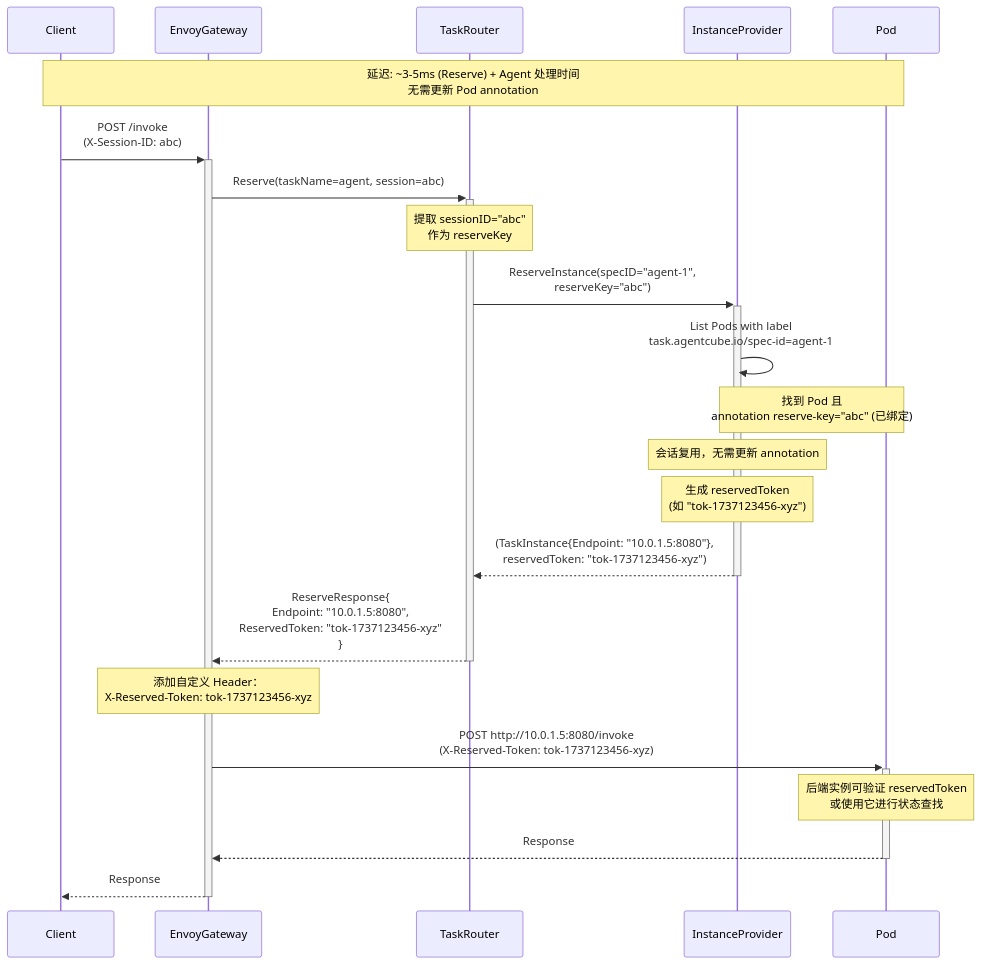
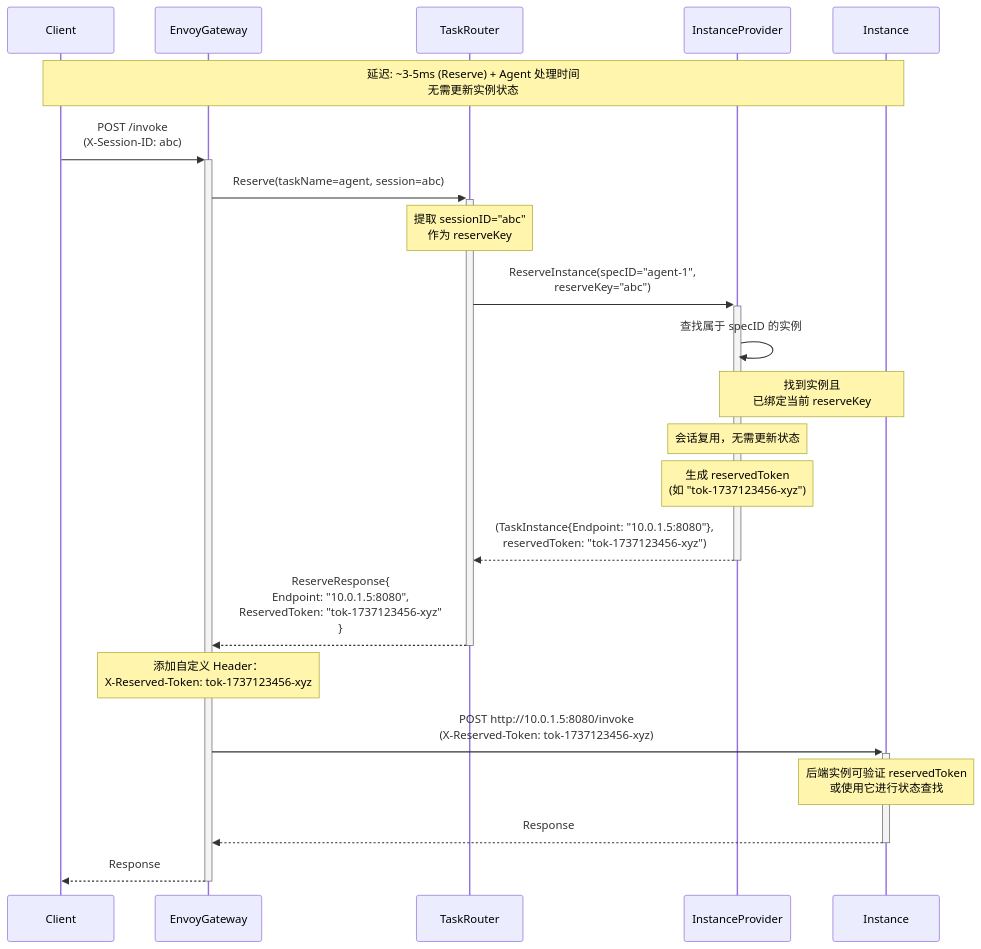
Before and after one commit to volcano-sh/agentcube: the first of 7 diagrams in docs/design/PROPOSAL-TASK.md, drawn with Mermaid. The commit also changed other lines of this file, not shown here.

First line of the commit message:
docs: refactor Task design proposal with structured API documentation and SandboxProvider details

````diff
--- a/docs/design/PROPOSAL-TASK.md
+++ b/docs/design/PROPOSAL-TASK.md
@@ -915,38 +649,38 @@
 ```mermaid
 sequenceDiagram
     participant Client
     participant EnvoyGateway
     participant TaskRouter
     participant InstanceProvider
-    participant Pod
+    participant Instance
 
-    Note over Client,Pod: 延迟: ~3-5ms (Reserve) + Agent 处理时间<br/>无需更新 Pod annotation
+    Note over Client,Instance: 延迟: ~3-5ms (Reserve) + Agent 处理时间<br/>无需更新实例状态
 
     Client->>+EnvoyGateway: POST /invoke<br/>(X-Session-ID: abc)
     EnvoyGateway->>+TaskRouter: Reserve(taskName=agent, session=abc)
 
     Note over TaskRouter: 提取 sessionID="abc"<br/>作为 reserveKey
 
     TaskRouter->>+InstanceProvider: ReserveInstance(specID="agent-1",<br/>reserveKey="abc")
 
-    InstanceProvider->>InstanceProvider: List Pods with label<br/>task.agentcube.io/spec-id=agent-1
+    InstanceProvider->>InstanceProvider: 查找属于 specID 的实例
 
-    Note over InstanceProvider,Pod: 找到 Pod 且<br/>annotation reserve-key="abc" (已绑定)
+    Note over InstanceProvider,Instance: 找到实例且<br/>已绑定当前 reserveKey
 
-    Note over InstanceProvider: 会话复用，无需更新 annotation
+    Note over InstanceProvider: 会话复用，无需更新状态
 
     Note over InstanceProvider: 生成 reservedToken<br/>(如 "tok-1737123456-xyz")
 
     InstanceProvider-->>-TaskRouter: (TaskInstance{Endpoint: "10.0.1.5:8080"},<br/>reservedToken: "tok-1737123456-xyz")
 
     TaskRouter-->>-EnvoyGateway: ReserveResponse{<br/>  Endpoint: "10.0.1.5:8080",<br/>  ReservedToken: "tok-1737123456-xyz"<br/>}
 
     Note over EnvoyGateway: 添加自定义 Header：<br/>X-Reserved-Token: tok-1737123456-xyz
 
-    EnvoyGateway->>+Pod: POST http://10.0.1.5:8080/invoke<br/>(X-Reserved-Token: tok-1737123456-xyz)
+    EnvoyGateway->>+Instance: POST http://10.0.1.5:8080/invoke<br/>(X-Reserved-Token: tok-1737123456-xyz)
 
-    Note over Pod: 后端实例可验证 reservedToken<br/>或使用它进行状态查找
+    Note over Instance: 后端实例可验证 reservedToken<br/>或使用它进行状态查找
 
-    Pod-->>-EnvoyGateway: Response
+    Instance-->>-EnvoyGateway: Response
     EnvoyGateway-->>-Client: Response
 ```
````
